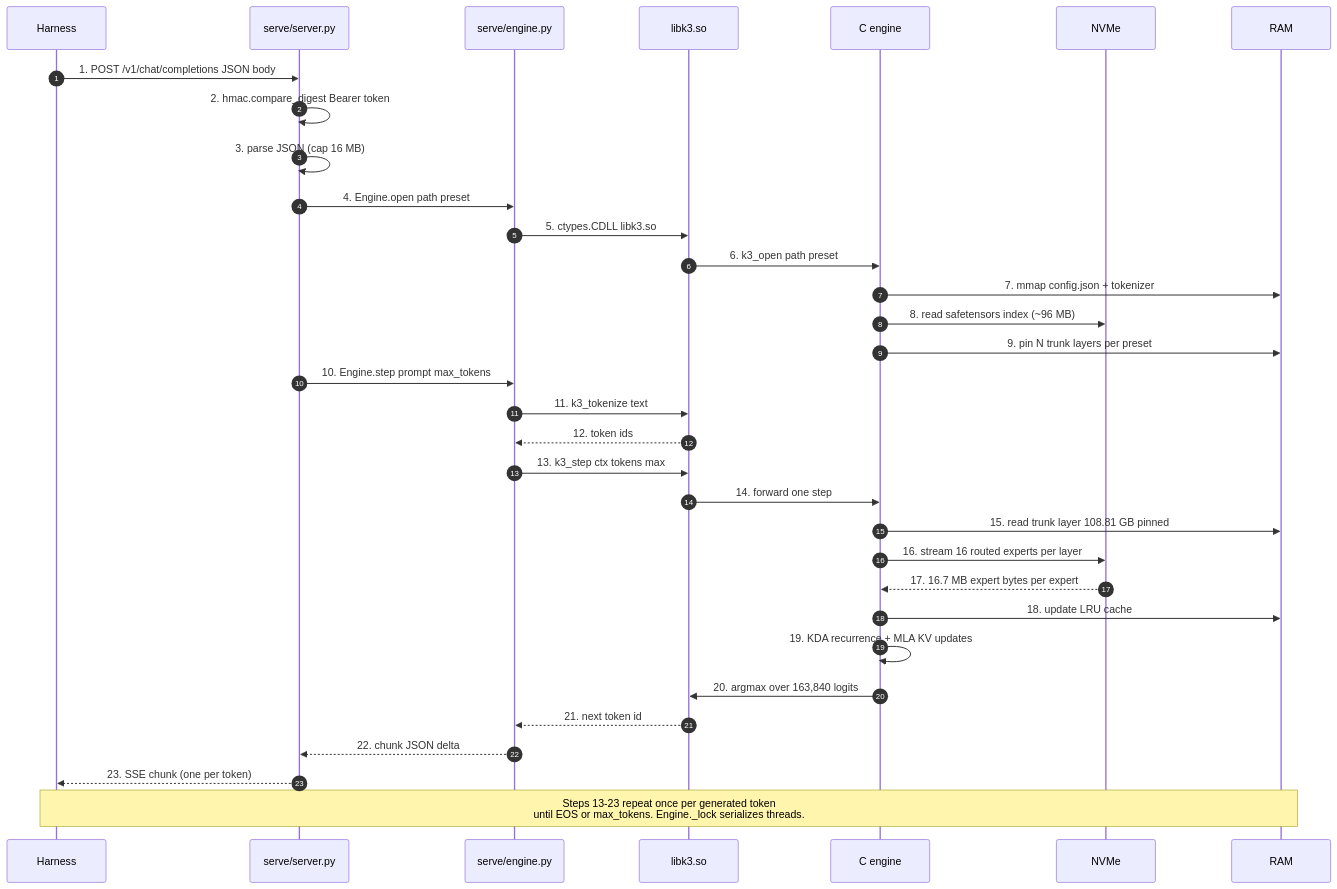
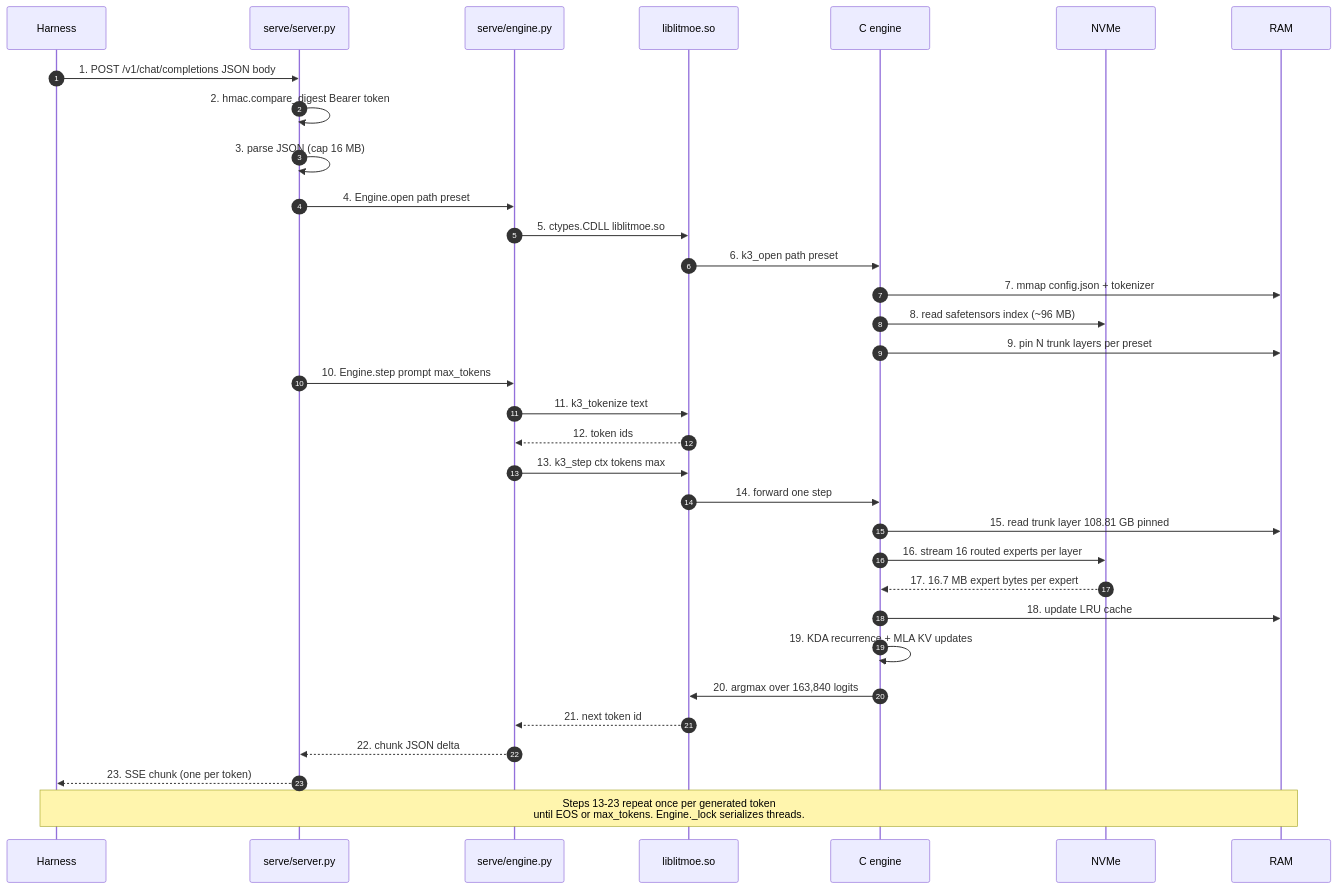
The first of 2 diagrams in README.md (chazhyseni/kimi-k3-lean), drawn with Mermaid before and after one commit. The commit also changed other lines of this file and 65 other files, not shown here.

````diff
--- a/README.md
+++ b/README.md
@@ -108,44 +108,44 @@
 ```mermaid
 %%{init: {'theme': 'base', 'themeVariables': {
   'primaryColor': '#f5f3ff',
   'primaryBorderColor': '#5d3fd3',
   'primaryTextColor': '#1a1a1a',
   'lineColor': '#5d3fd3',
   'activationBorderColor': '#5d3fd3',
   'fontFamily': 'Helvetica, Arial, sans-serif',
   'fontSize': '13px'
 }}%%
 sequenceDiagram
     autonumber
     participant H as Harness
     participant S as serve/server.py
     participant E as serve/engine.py
-    participant L as libk3.so
+    participant L as liblitmoe.so
     participant C as C engine
     participant D as NVMe
     participant M as RAM
     H->>S: 1. POST /v1/chat/completions JSON body
     S->>S: 2. hmac.compare_digest Bearer token
     S->>S: 3. parse JSON (cap 16 MB)
     S->>E: 4. Engine.open path preset
-    E->>L: 5. ctypes.CDLL libk3.so
+    E->>L: 5. ctypes.CDLL liblitmoe.so
     L->>C: 6. k3_open path preset
     C->>M: 7. mmap config.json + tokenizer
     C->>D: 8. read safetensors index (~96 MB)
     C->>M: 9. pin N trunk layers per preset
     S->>E: 10. Engine.step prompt max_tokens
     E->>L: 11. k3_tokenize text
     L-->>E: 12. token ids
     E->>L: 13. k3_step ctx tokens max
     L->>C: 14. forward one step
     C->>M: 15. read trunk layer 108.81 GB pinned
     C->>D: 16. stream 16 routed experts per layer
     D-->>C: 17. 16.7 MB expert bytes per expert
     C->>M: 18. update LRU cache
     C->>C: 19. KDA recurrence + MLA KV updates
     C->>L: 20. argmax over 163,840 logits
     L-->>E: 21. next token id
     E-->>S: 22. chunk JSON delta
     S-->>H: 23. SSE chunk (one per token)
     Note over H,M: Steps 13-23 repeat once per generated token<br/>until EOS or max_tokens. Engine._lock serializes threads.
 ```
````
